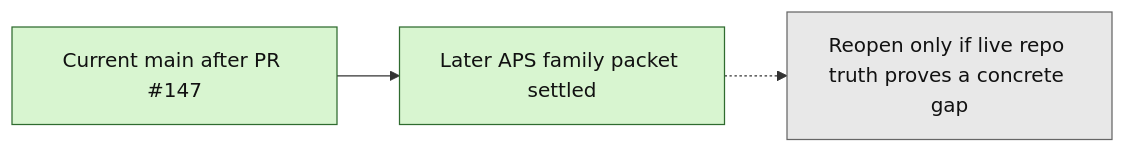
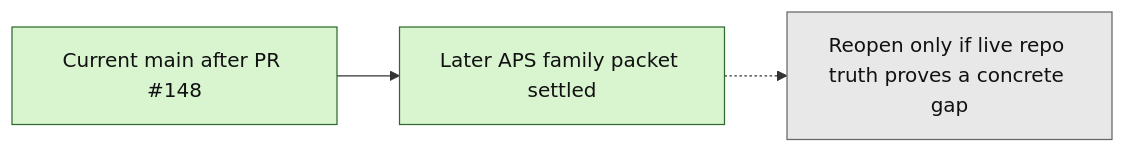
One commit to benjmcd/project6_REPO_MCP_FOLDER changed the second of 2 diagrams in next_milestone_plans/layer3_progress_board.md. Above: the diagram before and after it, drawn with Mermaid. The commit also changed other lines of this file and 3 other files, not shown here.

````diff
--- a/next_milestone_plans/layer3_progress_board.md
+++ b/next_milestone_plans/layer3_progress_board.md
@@ -152,11 +152,11 @@
 ```mermaid
 flowchart LR
-    A["Current main after PR #147"] --> B["Later APS family packet settled"]
+    A["Current main after PR #148"] --> B["Later APS family packet settled"]
     B -.-> C["Reopen only if live repo truth proves a concrete gap"]
 
     classDef merged fill:#d8f5d0,stroke:#2f6b2f,color:#111;
     classDef future fill:#e8e8e8,stroke:#666,color:#111;
 
     class A,B merged;
     class C future;
 ```
````
